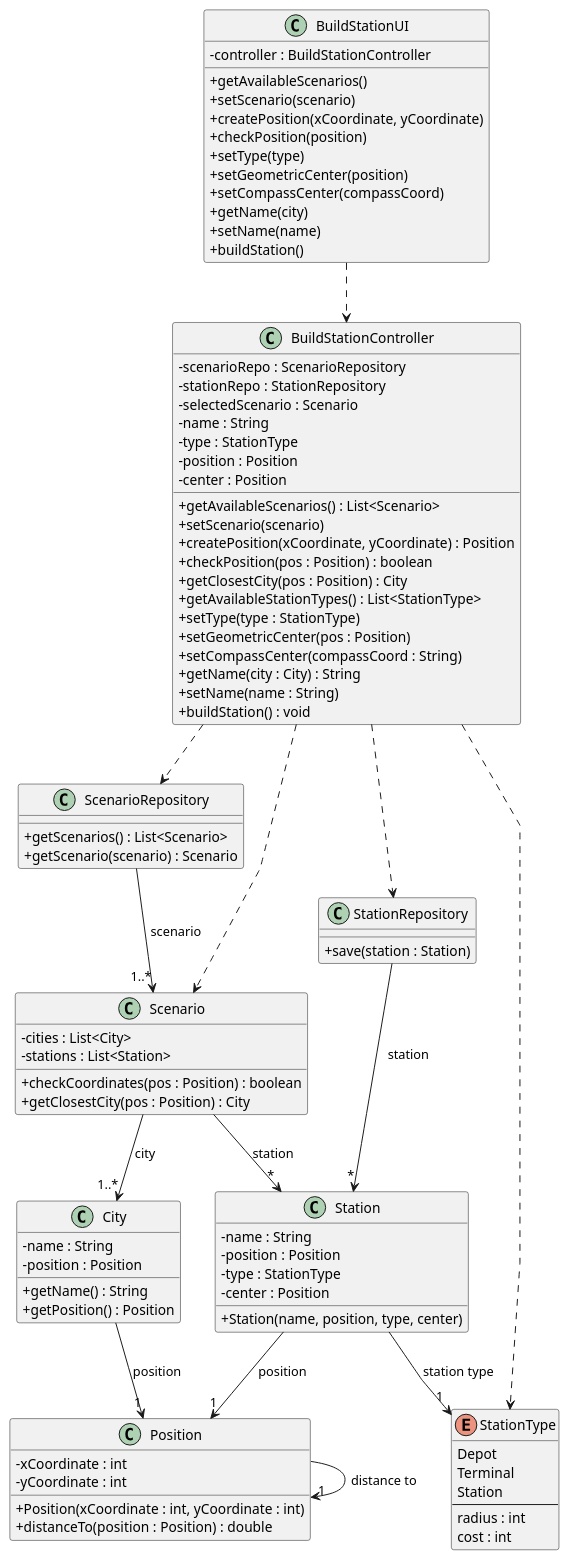
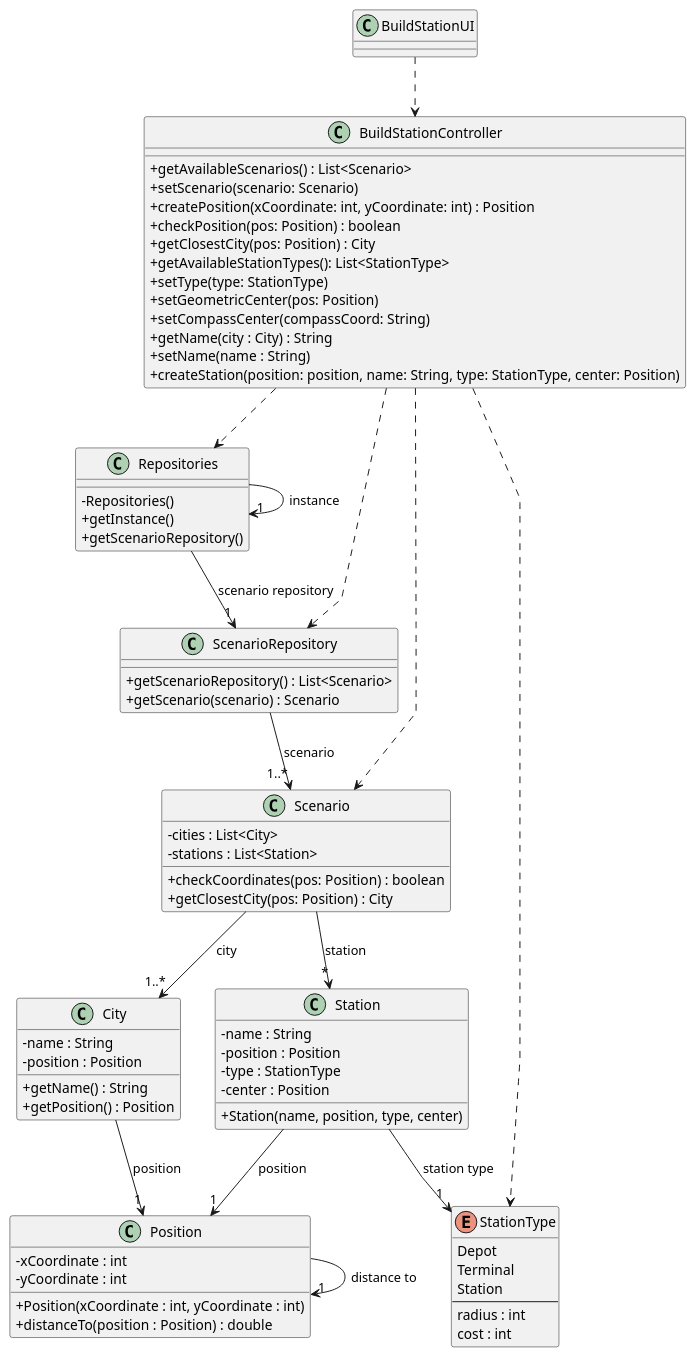
Before and after one commit to 1240935/pi2-railway-simulator: the diagram in Sprint2/US005/03.design/puml/US005-CD.puml, drawn with PlantUML. The commit also changed 13 other files, not shown here.

```diff
--- a/Sprint2/US005/03.design/puml/US005-CD.puml
+++ b/Sprint2/US005/03.design/puml/US005-CD.puml
@@ -1,109 +1,94 @@
 @startuml
 'skinparam monochrome true
 skinparam packageStyle rectangle
 skinparam shadowing false
 skinparam linetype polyline
 'skinparam linetype orto
 
 skinparam classAttributeIconSize 0
 
 'left to right direction
 
 class BuildStationUI {
-  -controller : BuildStationController
-  +getAvailableScenarios()
-  +setScenario(scenario)
-  +createPosition(xCoordinate, yCoordinate)
-  +checkPosition(position)
-  +setType(type)
-  +setGeometricCenter(position)
-  +setCompassCenter(compassCoord)
-  +getName(city)
-  +setName(name)
-  +buildStation()
 }
 
 class BuildStationController {
-  -scenarioRepo : ScenarioRepository
-  -stationRepo : StationRepository
-  -selectedScenario : Scenario
-  -name : String
-  -type : StationType
-  -position : Position
-  -center : Position
   +getAvailableScenarios() : List<Scenario>
-  +setScenario(scenario)
-  +createPosition(xCoordinate, yCoordinate) : Position
-  +checkPosition(pos : Position) : boolean
-  +getClosestCity(pos : Position) : City
-  +getAvailableStationTypes() : List<StationType>
-  +setType(type : StationType)
-  +setGeometricCenter(pos : Position)
-  +setCompassCenter(compassCoord : String)
+  +setScenario(scenario: Scenario)
+  +createPosition(xCoordinate: int, yCoordinate: int) : Position
+  +checkPosition(pos: Position) : boolean
+  +getClosestCity(pos: Position) : City
+  +getAvailableStationTypes(): List<StationType>
+  +setType(type: StationType)
+  +setGeometricCenter(pos: Position)
+  +setCompassCenter(compassCoord: String)
   +getName(city : City) : String
   +setName(name : String)
-  +buildStation() : void
+  +createStation(position: position, name: String, type: StationType, center: Position)
 }
+
+class Repositories {
+      - Repositories()
+      + getInstance()
+      + getScenarioRepository()
+  }
 
 class Scenario {
   -cities : List<City>
   -stations : List<Station>
-  +checkCoordinates(pos : Position) : boolean
-  +getClosestCity(pos : Position) : City
+  +checkCoordinates(pos: Position) : boolean
+  +getClosestCity(pos: Position) : City
 }
 
 class City {
   -name : String
   -position : Position
   +getName() : String
   +getPosition() : Position
 }
 
 class Station {
   -name : String
   -position : Position
   -type : StationType
   -center : Position
   +Station(name, position, type, center)
 }
 
 class Position {
   -xCoordinate : int
   -yCoordinate : int
   +Position(xCoordinate : int, yCoordinate : int)
   +distanceTo(position : Position) : double
 }
 
 enum StationType {
   Depot
   Terminal
   Station
   --
   radius : int
   cost : int
 }
 
 class ScenarioRepository {
-  +getScenarios() : List<Scenario>
+  +getScenarioRepository() : List<Scenario>
   +getScenario(scenario) : Scenario
-}
-
-class StationRepository {
-  +save(station : Station)
 }
 
 BuildStationUI ..> BuildStationController
 BuildStationController ..> ScenarioRepository
-BuildStationController ..> StationRepository
 BuildStationController ..> Scenario
 BuildStationController ..> StationType
+BuildStationController ..> Repositories
+Repositories --> "1" ScenarioRepository : scenario repository
+Repositories -> "1" Repositories : instance
 ScenarioRepository --> "1..*" Scenario  : scenario
-StationRepository --> "*" Station : station
 Scenario --> "1..*" City : city
 Scenario --> "*" Station : station
 City --> "1" Position : position
 Station --> "1" Position : position
 Station --> "1" StationType : station type
 Position -> "1" Position : distance to
 
 @enduml
```
